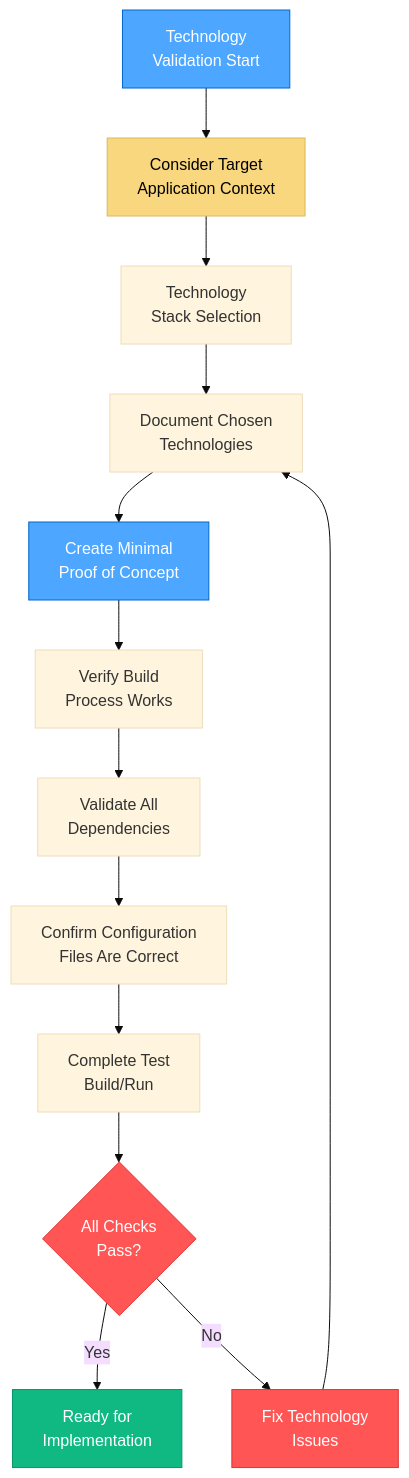
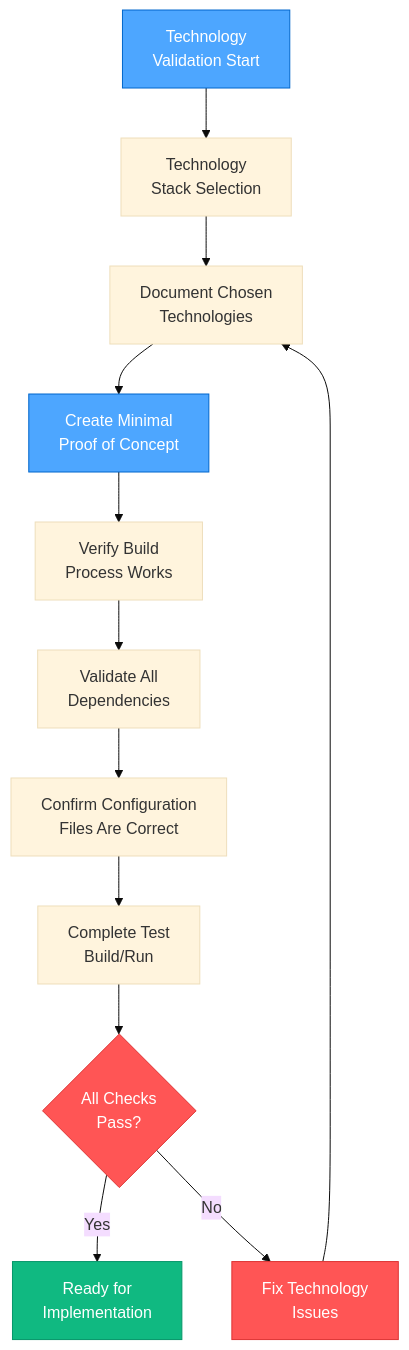
Before and after one commit to taddyorg/inkverse: the third of 5 diagrams in .cursor/rules/isolation_rules/visual-maps/plan-mode-map.mdc, drawn with Mermaid (base theme). The commit also changed other lines of this file and 19 other files, not shown here.

````diff
--- a/.cursor/rules/isolation_rules/visual-maps/plan-mode-map.mdc
+++ b/.cursor/rules/isolation_rules/visual-maps/plan-mode-map.mdc
@@ -136,23 +116,21 @@
 ```mermaid
 graph TD
-    Start["Technology<br>Validation Start"] --> AppCtx["Consider Target<br>Application Context"]
-    AppCtx --> Select["Technology<br>Stack Selection"]
+    Start["Technology<br>Validation Start"] --> Select["Technology<br>Stack Selection"]
     Select --> Document["Document Chosen<br>Technologies"]
     Document --> POC["Create Minimal<br>Proof of Concept"]
     POC --> Build["Verify Build<br>Process Works"]
     Build --> Dependencies["Validate All<br>Dependencies"]
     Dependencies --> Config["Confirm Configuration<br>Files Are Correct"]
     Config --> Test["Complete Test<br>Build/Run"]
     Test --> Success{"All Checks<br>Pass?"}
     
     Success -->|"Yes"| Ready["Ready for<br>Implementation"]
     Success -->|"No"| Fix["Fix Technology<br>Issues"]
     Fix --> Document
     
     style Start fill:#4da6ff,stroke:#0066cc,color:white
-    style AppCtx fill:#f9d77e,stroke:#d9b95c,color:black
     style POC fill:#4da6ff,stroke:#0066cc,color:white
     style Success fill:#ff5555,stroke:#dd3333,color:white
     style Fix fill:#ff5555,stroke:#dd3333,color:white
     style Ready fill:#10b981,stroke:#059669,color:white
 ```
````
